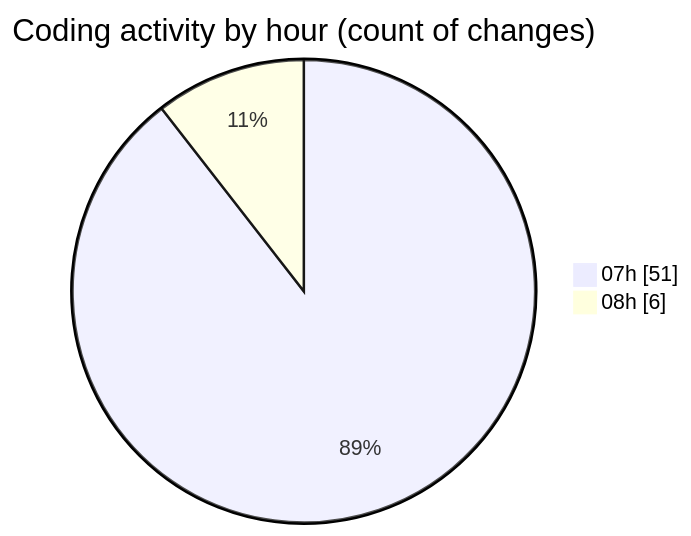
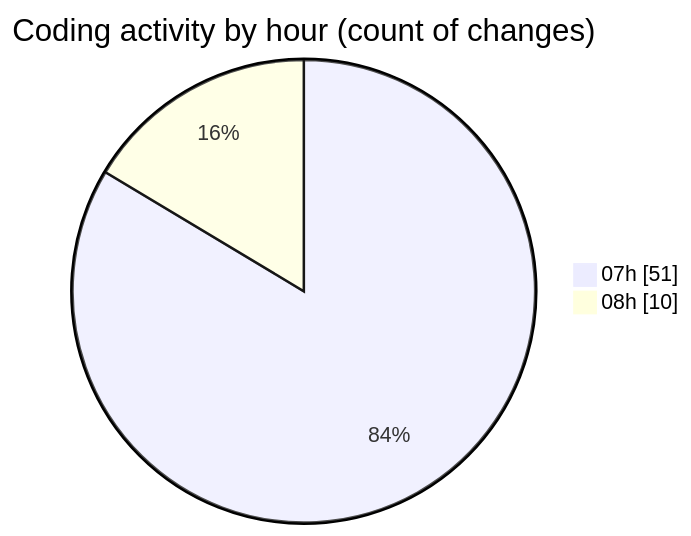
One commit to robertbonfada/code-tracking changed the second of 2 diagrams in 2025-01-17/mbc-web/README.md. Above: the diagram before and after it, drawn with Mermaid. The commit also changed other lines of this file and 1 other file, not shown here.

````diff
--- a/2025-01-17/mbc-web/README.md
+++ b/2025-01-17/mbc-web/README.md
@@ -42,6 +43,6 @@
 ```mermaid
 pie showData
 title Coding activity by hour (count of changes)
 "07h" : 51
-"08h" : 6
+"08h" : 10
 ```
````
